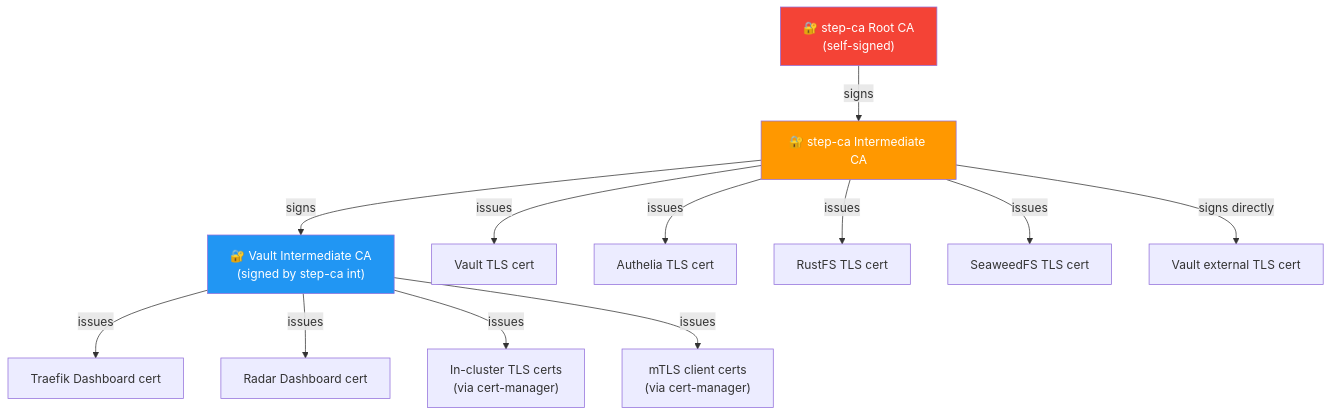
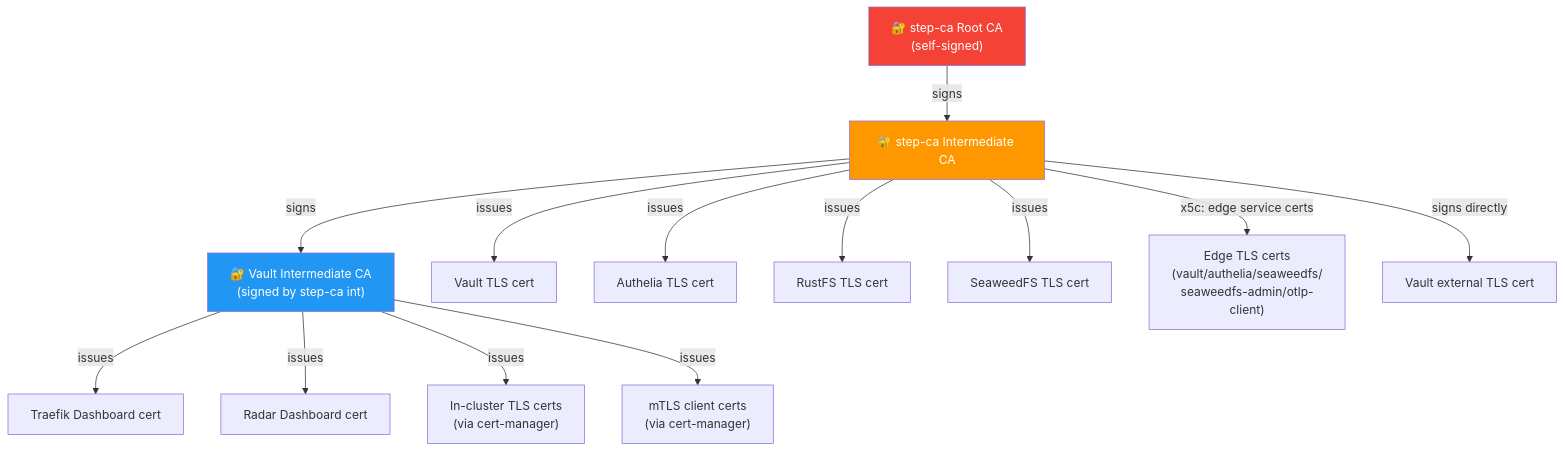
The sixth of 10 diagrams in docs/architecture-overview.md (rmlandvreugd/cnpg-playground), drawn with Mermaid before and after one commit. The commit also changed other lines of this file and 2 other files, not shown here.

First line of the commit message:
feat(teardown+docs): add edge Traefik to teardown and architecture overview (5sq.7)

````diff
--- a/docs/architecture-overview.md
+++ b/docs/architecture-overview.md
@@ -242,24 +246,25 @@
 ```mermaid
 graph TD
     RootCA["🔐 step-ca Root CA<br/>(self-signed)"]
     IntCA["🔐 step-ca Intermediate CA"]
     VaultIntCA["🔐 Vault Intermediate CA<br/>(signed by step-ca int)"]
 
     RootCA -->|signs| IntCA
     IntCA -->|signs| VaultIntCA
 
     IntCA -->|issues| VaultTLS["Vault TLS cert"]
     IntCA -->|issues| AutheliaTLS["Authelia TLS cert"]
     IntCA -->|issues| RustFSTLS["RustFS TLS cert"]
     IntCA -->|issues| SeaweedFSTLS["SeaweedFS TLS cert"]
+    IntCA -->|x5c: edge service certs| EdgeCerts["Edge TLS certs<br/>(vault/authelia/seaweedfs/<br/>seaweedfs-admin/otlp-client)"]
     VaultIntCA -->|issues| TraefikDashTLS["Traefik Dashboard cert"]
     VaultIntCA -->|issues| RadarDashTLS["Radar Dashboard cert"]
     VaultIntCA -->|issues| ClusterCerts["In-cluster TLS certs<br/>(via cert-manager)"]
     VaultIntCA -->|issues| MTLSCerts["mTLS client certs<br/>(via cert-manager)"]
 
     IntCA -->|signs directly| VaultExtTLS["Vault external TLS cert"]
 
     style RootCA fill:#F44336,color:white
     style IntCA fill:#FF9800,color:white
     style VaultIntCA fill:#2196F3,color:white
 ```
````
